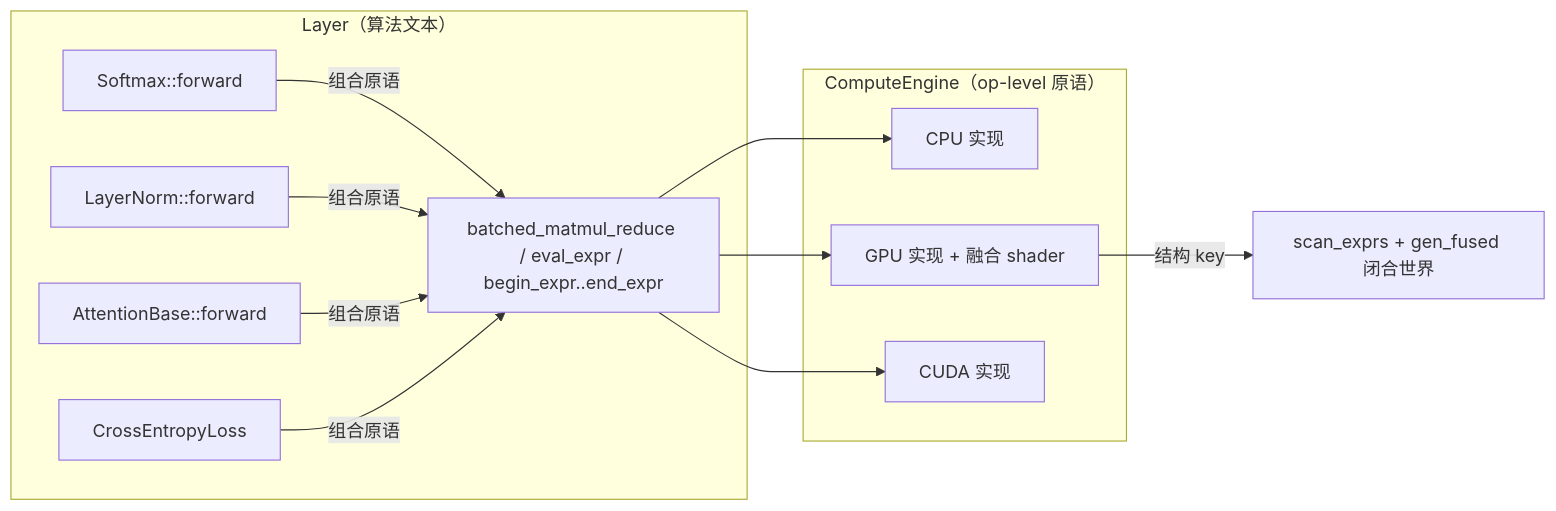
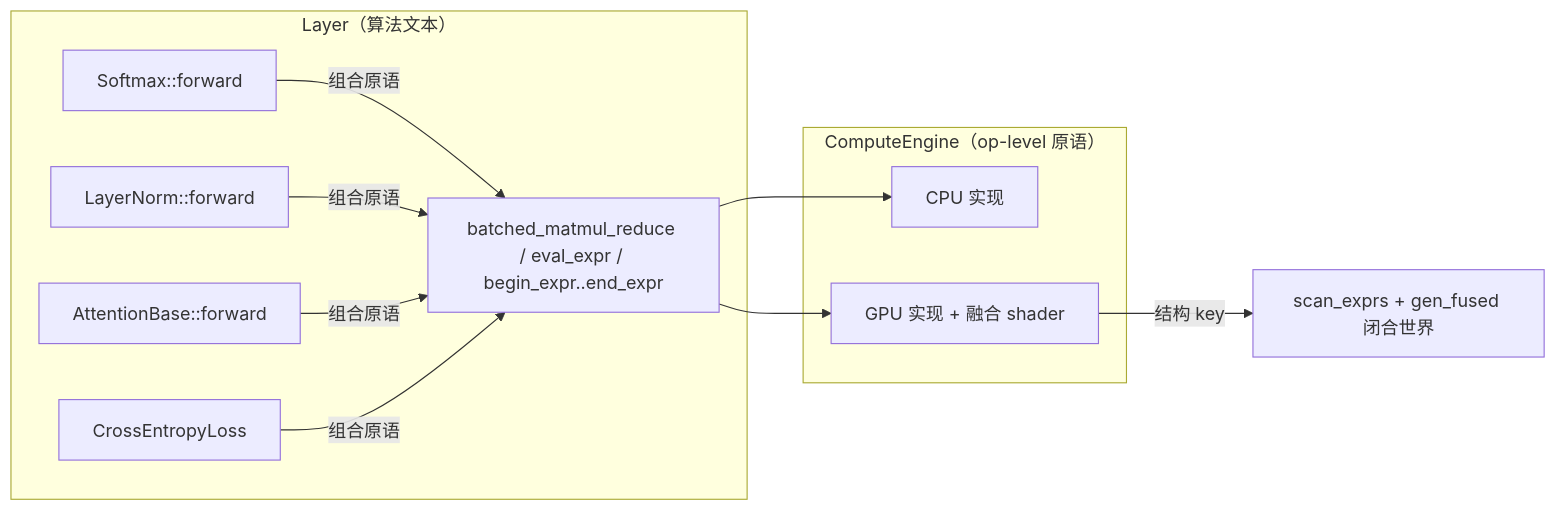
One commit to EthanPeng-2048/neuralnet.cpp changed the diagram in docs/09-operator-fusion.md. Above: the diagram before and after it, drawn with Mermaid. The commit also changed other lines of this file and 22 other files, not shown here.

````diff
--- a/docs/09-operator-fusion.md
+++ b/docs/09-operator-fusion.md
@@ -40,17 +40,16 @@
 ```mermaid
 graph LR
     subgraph L2[Layer（算法文本）]
         A[Softmax::forward] -->|组合原语| E
         B[LayerNorm::forward] -->|组合原语| E
         C[AttentionBase::forward] -->|组合原语| E
         D[CrossEntropyLoss] -->|组合原语| E
     end
     subgraph Eng[ComputeEngine（op-level 原语）]
         E[batched_matmul_reduce / eval_expr / begin_expr..end_expr]
         F[CPU 实现]
         G[GPU 实现 + 融合 shader]
-        H[CUDA 实现]
     end
-    E --> F & G & H
+    E --> F & G
     G -->|结构 key| I[scan_exprs + gen_fused 闭合世界]
 ```
````
